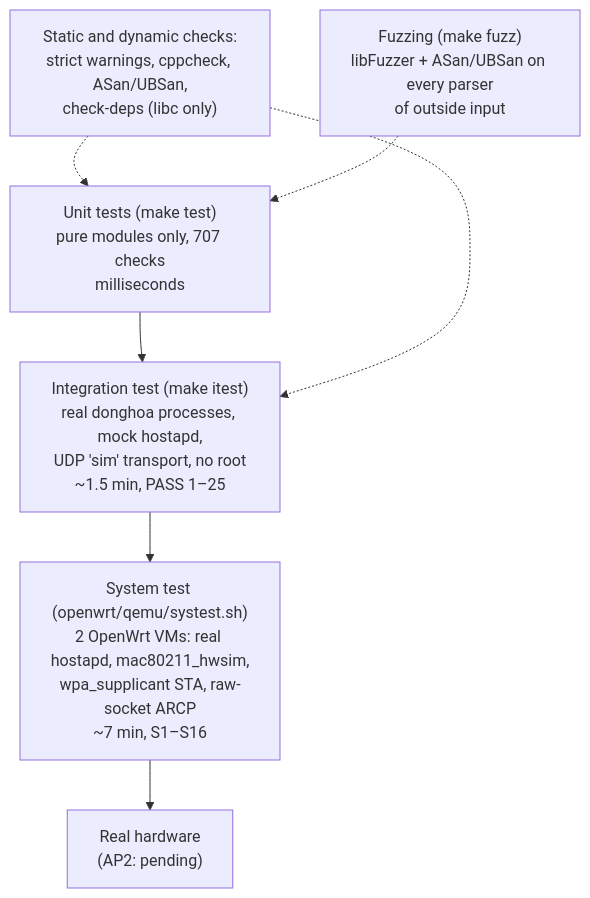
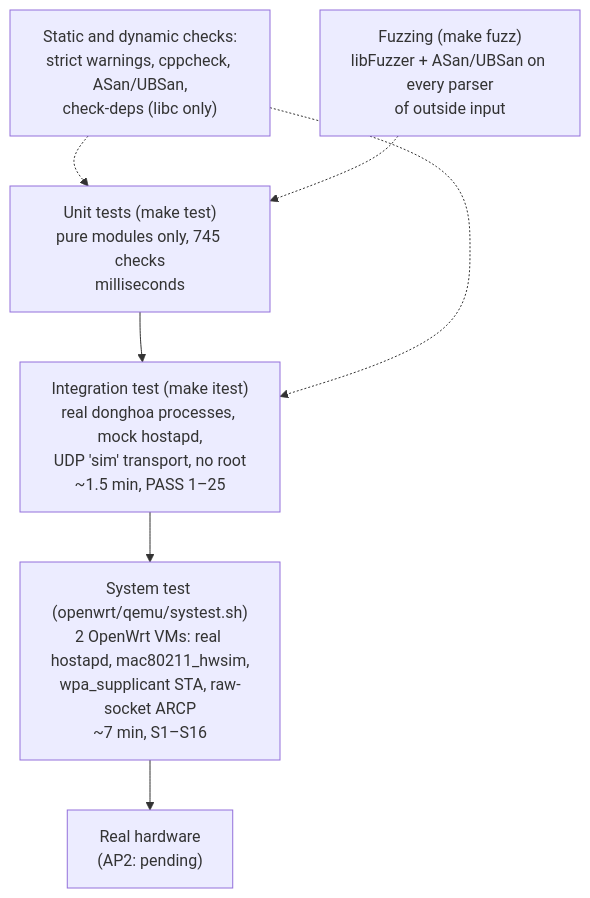
Before and after one commit to ducndc/DongHoa: the diagram in docs/features/14-verification.md, drawn with Mermaid. The commit also changed other lines of this file and 165 other files, not shown here.

````diff
--- a/docs/features/14-verification.md
+++ b/docs/features/14-verification.md
@@ -9,9 +9,9 @@
 ```mermaid
 flowchart TB
-    U["Unit tests (make test)<br/>pure modules only, 707 checks<br/>milliseconds"] --> I["Integration test (make itest)<br/>real donghoa processes, mock hostapd,<br/>UDP 'sim' transport, no root<br/>~1.5 min, PASS 1–25"]
+    U["Unit tests (make test)<br/>pure modules only, 745 checks<br/>milliseconds"] --> I["Integration test (make itest)<br/>real donghoa processes, mock hostapd,<br/>UDP 'sim' transport, no root<br/>~1.5 min, PASS 1–25"]
     I --> Q["System test (openwrt/qemu/systest.sh)<br/>2 OpenWrt VMs: real hostapd, mac80211_hwsim,<br/>wpa_supplicant STA, raw-socket ARCP<br/>~7 min, S1–S16"]
     Q --> H["Real hardware<br/>(AP2: pending)"]
     S["Static and dynamic checks:<br/>strict warnings, cppcheck, ASan/UBSan,<br/>check-deps (libc only)"] -.-> U
     F["Fuzzing (make fuzz)<br/>libFuzzer + ASan/UBSan on every parser<br/>of outside input"] -.-> U
     S -.-> I
 ```
````
